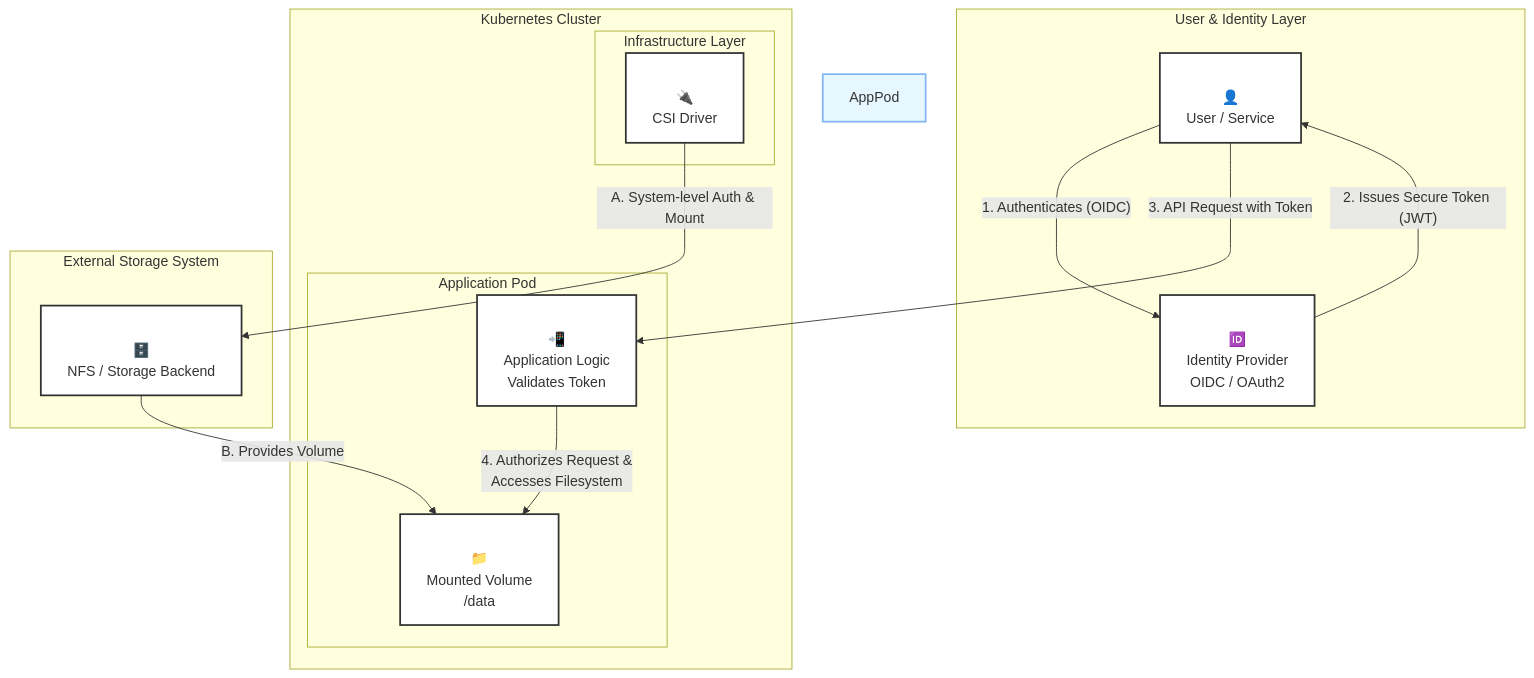
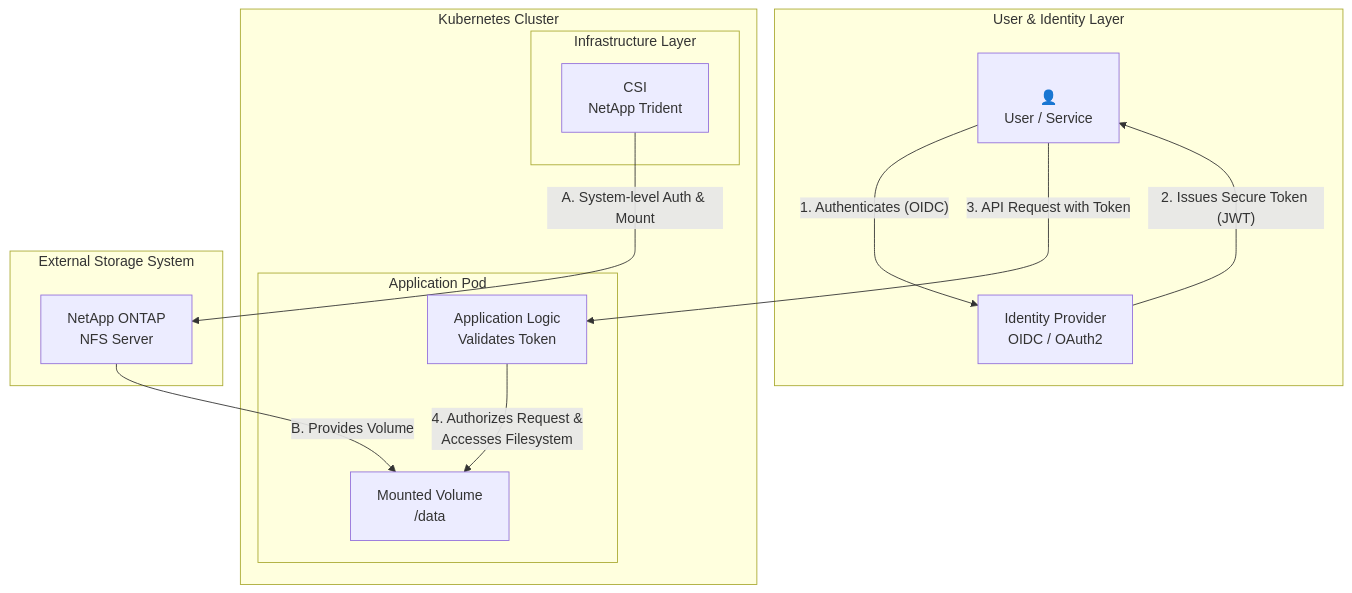
One commit to romdalf/romadams.com changed the first of 7 diagrams in docs/portfolio/ntap/nfsv4auth/index.md. Above: the diagram before and after it, drawn with Mermaid. The commit also changed other lines of this file and 1 other file, not shown here.

Commit message:
update content

````diff
--- a/docs/portfolio/ntap/nfsv4auth/index.md
+++ b/docs/portfolio/ntap/nfsv4auth/index.md
@@ -41,35 +41,32 @@
 ```mermaid
 graph TD
     subgraph "User & Identity Layer"
         User[<br>👤<br>User / Service]
-        IdP[<br>🆔<br>Identity Provider<br>OIDC / OAuth2]
+        IdP[Identity Provider<br>OIDC / OAuth2]
     end
 
     subgraph "Kubernetes Cluster"
         subgraph "Application Pod"
-            style AppPod fill:#e6f7ff,stroke:#84b6f4
-            App[<br>📲<br>Application Logic<br>Validates Token]
-            Volume[<br>📁<br>Mounted Volume<br>/data]
+            App[Application Logic<br>Validates Token]
+            Volume[Mounted Volume<br>/data]
         end
 
         subgraph "Infrastructure Layer"
-            CSI[<br>🔌<br>CSI Driver]
+            CSI[CSI<br>NetApp Trident]
         end
     end
 
     subgraph "External Storage System"
-        Storage[<br>🗄️<br>NFS / Storage Backend]
+        Storage[NetApp ONTAP<br>NFS Server]
     end
 
     %% --- Flows ---
     User -- "1. Authenticates (OIDC)" --> IdP
     IdP -- "2. Issues Secure Token (JWT)" --> User
     User -- "3. API Request with Token" --> App
     
     App -- "4. Authorizes Request &<br>Accesses Filesystem" --> Volume
     
     CSI -- "A. System-level Auth & Mount" --> Storage
     Storage -- "B. Provides Volume" --> Volume
-
-    classDef default fill:#fff,stroke:#333,stroke-width:2px;
 ```
````
